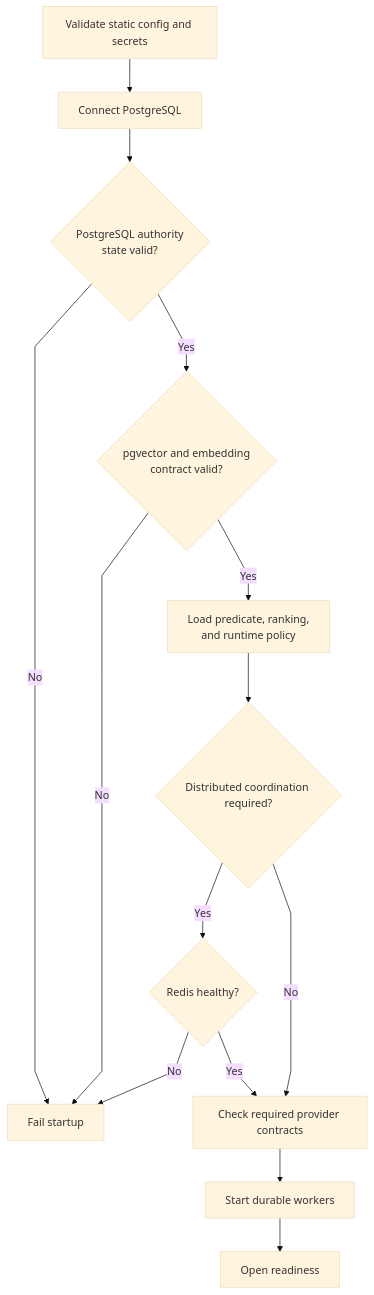
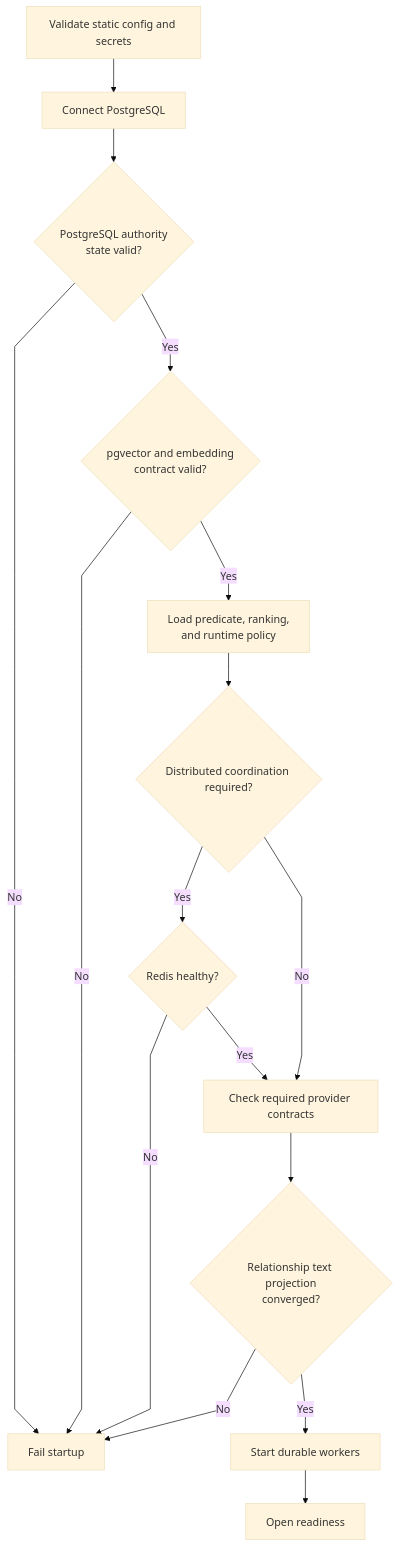
The second of 10 diagrams in Operations-Runbook.md (markhuangai/dense-mem), drawn with Mermaid (base theme) before and after one commit. The commit also changed other lines of this file and 27 other files, not shown here.

Commit message:
Document tier-free Relationship architecture

````diff
--- a/Operations-Runbook.md
+++ b/Operations-Runbook.md
@@ -56,17 +56,19 @@
 ```mermaid
 %%{init: {"flowchart": {"curve": "linear"}}}%%
 flowchart TD
   Config["Validate static config and secrets"] --> PG["Connect PostgreSQL"]
   PG --> Authority{"PostgreSQL authority<br/>state valid?"}
   Authority -- No --> Stop["Fail startup"]
   Authority -- Yes --> Vector{"pgvector and embedding<br/>contract valid?"}
   Vector -- No --> Stop
   Vector -- Yes --> Policy["Load predicate, ranking,<br/>and runtime policy"]
   Policy --> Redis{"Distributed coordination required?"}
   Redis -- Yes --> RedisOK{"Redis healthy?"}
   RedisOK -- No --> Stop
   RedisOK -- Yes --> Providers["Check required provider contracts"]
   Redis -- No --> Providers
-  Providers --> Workers["Start durable workers"]
+  Providers --> Projection{"Relationship text projection<br/>converged?"}
+  Projection -- No --> Stop
+  Projection -- Yes --> Workers["Start durable workers"]
   Workers --> Ready["Open readiness"]
 ```
````
